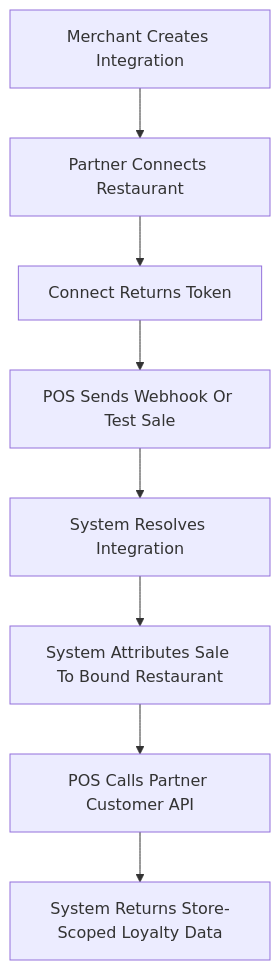
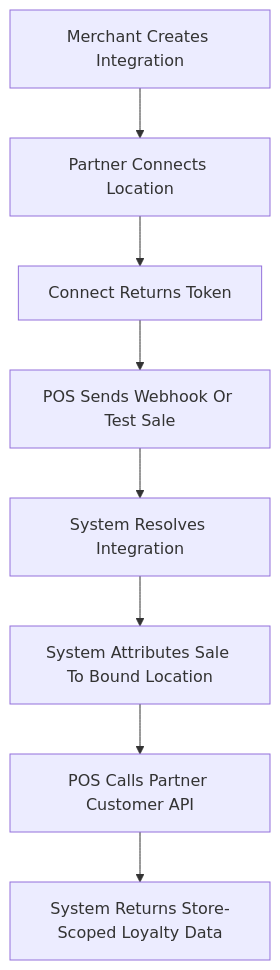
Before and after one commit to krischal07/docs: the diagram in PARTNER-HANDOFF.md, drawn with Mermaid. The commit also changed other lines of this file and 31 other files, not shown here.

````diff
--- a/PARTNER-HANDOFF.md
+++ b/PARTNER-HANDOFF.md
@@ -21,10 +21,10 @@
 ```mermaid
 flowchart TD
-  A["Merchant Creates Integration"] --> B["Partner Connects Restaurant"]
+  A["Merchant Creates Integration"] --> B["Partner Connects Location"]
   B --> C["Connect Returns Token"]
   C --> D["POS Sends Webhook Or Test Sale"]
   D --> E["System Resolves Integration"]
-  E --> F["System Attributes Sale To Bound Restaurant"]
+  E --> F["System Attributes Sale To Bound Location"]
   F --> G["POS Calls Partner Customer API"]
   G --> H["System Returns Store-Scoped Loyalty Data"]
 ```
````
